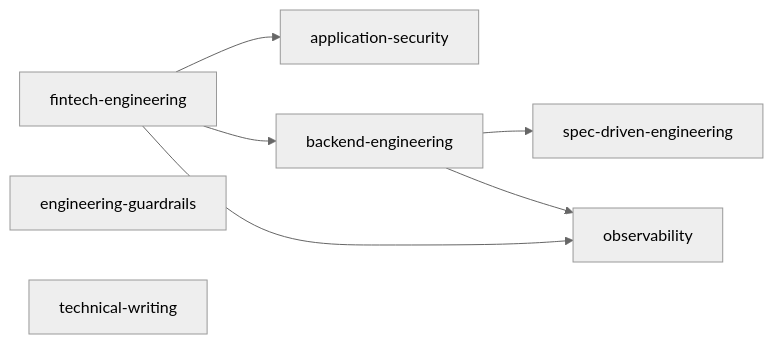
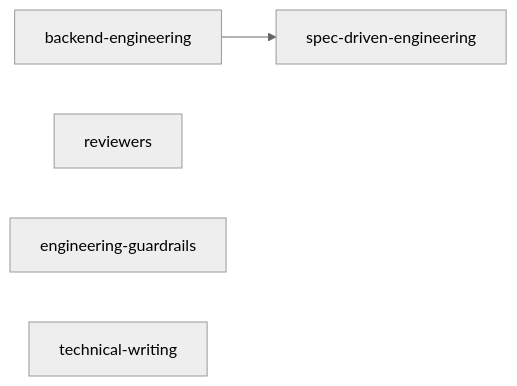
Before and after one commit to melvnl/agent-skills: the diagram in docs/architecture.md, drawn with Mermaid (neutral theme). The commit also changed other lines of this file and 21 other files, not shown here.

````diff
--- a/docs/architecture.md
+++ b/docs/architecture.md
@@ -23,13 +23,8 @@
 ```mermaid
 flowchart LR
   ENG[spec-driven-engineering] 
-  OBS[observability]
-  SEC[application-security]
   BE[backend-engineering] --> ENG
-  BE --> OBS
-  FIN[fintech-engineering] --> BE
-  FIN --> SEC
-  FIN --> OBS
+  REV[reviewers]
   GR[engineering-guardrails]
   WR[technical-writing]
 ```
````
